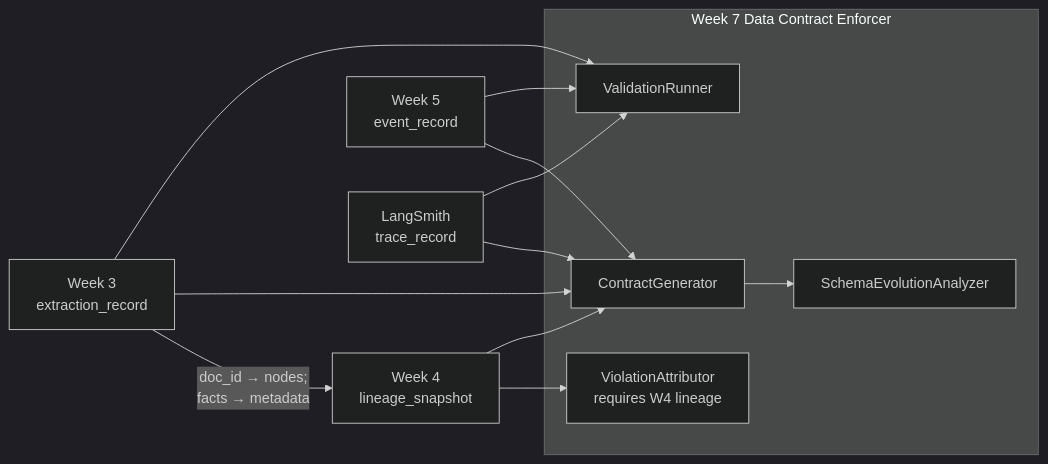
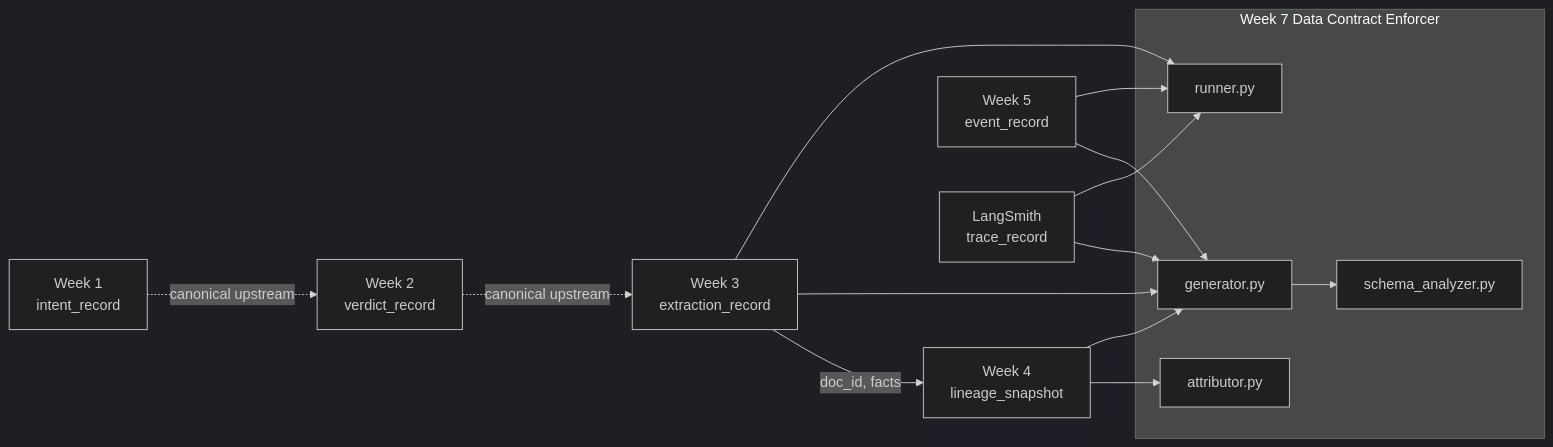
One commit to Hiwot-Beyene/week7-data-contract-enforcer changed the first of 3 diagrams in DOMAIN_NOTES.md. Above: the diagram before and after it, drawn with Mermaid (dark theme). The commit also changed other lines of this file and 5 other files, not shown here.

````diff
--- a/DOMAIN_NOTES.md
+++ b/DOMAIN_NOTES.md
@@ -22,23 +22,27 @@
 ```mermaid
 flowchart LR
+  W1["Week 1<br/>intent_record"]
+  W2["Week 2<br/>verdict_record"]
   W3["Week 3<br/>extraction_record"]
   W4["Week 4<br/>lineage_snapshot"]
   W5["Week 5<br/>event_record"]
   TR["LangSmith<br/>trace_record"]
   subgraph W7["Week 7 Data Contract Enforcer"]
-    GEN2["ContractGenerator"]
-    RUN2["ValidationRunner"]
-    ATT2["ViolationAttributor<br/>requires W4 lineage"]
-    SE2["SchemaEvolutionAnalyzer"]
+    GEN2["generator.py"]
+    RUN2["runner.py"]
+    ATT2["attributor.py"]
+    SE2["schema_analyzer.py"]
   end
-  W3 -->|"doc_id → nodes;<br/>facts → metadata"| W4
+  W1 -.->|"canonical upstream"| W2
+  W2 -.->|"canonical upstream"| W3
+  W3 -->|"doc_id, facts"| W4
   W4 --> ATT2
   W3 --> GEN2
   W3 --> RUN2
   W4 --> GEN2
   W5 --> GEN2
   W5 --> RUN2
   TR --> GEN2
   TR --> RUN2
   GEN2 --> SE2
 ```
````
